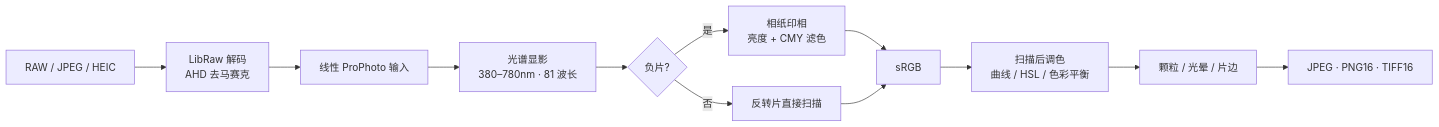
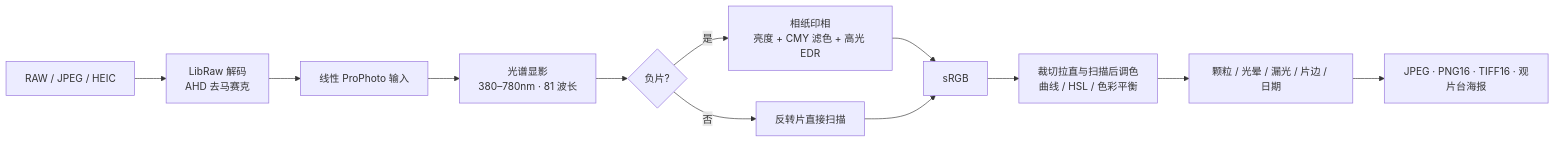
The diagram in README.md (qing1989/SpektraLens), drawn with Mermaid before and after one commit. The commit also changed other lines of this file and 23 other files, not shown here.

````diff
--- a/README.md
+++ b/README.md
@@ -123,14 +135,14 @@
 ```mermaid
 flowchart LR
     A["RAW / JPEG / HEIC"] --> B["LibRaw 解码<br/>AHD 去马赛克"]
     B --> C["线性 ProPhoto 输入"]
     C --> D["光谱显影<br/>380–780nm · 81 波长"]
     D --> E{"负片?"}
-    E -- 是 --> F["相纸印相<br/>亮度 + CMY 滤色"]
+    E -- 是 --> F["相纸印相<br/>亮度 + CMY 滤色 + 高光 EDR"]
     E -- 否 --> G["反转片直接扫描"]
     F --> H["sRGB"]
     G --> H
-    H --> I["扫描后调色<br/>曲线 / HSL / 色彩平衡"]
-    I --> J["颗粒 / 光晕 / 片边"]
-    J --> K["JPEG · PNG16 · TIFF16"]
+    H --> I["裁切拉直与扫描后调色<br/>曲线 / HSL / 色彩平衡"]
+    I --> J["颗粒 / 光晕 / 漏光 / 片边 / 日期"]
+    J --> K["JPEG · PNG16 · TIFF16 · 观片台海报"]
 ```
````
